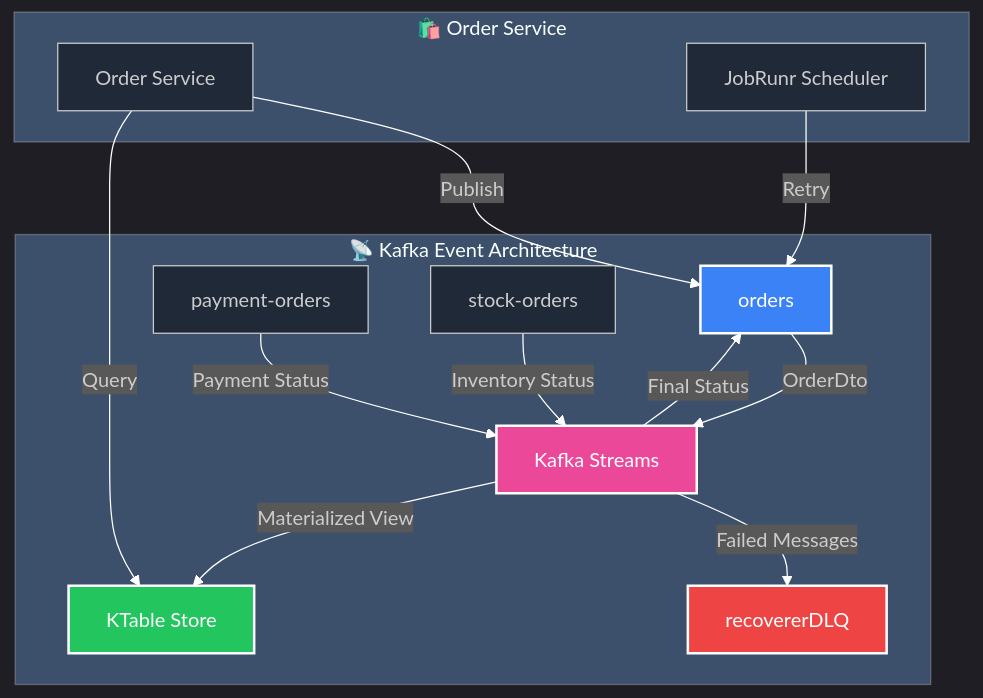
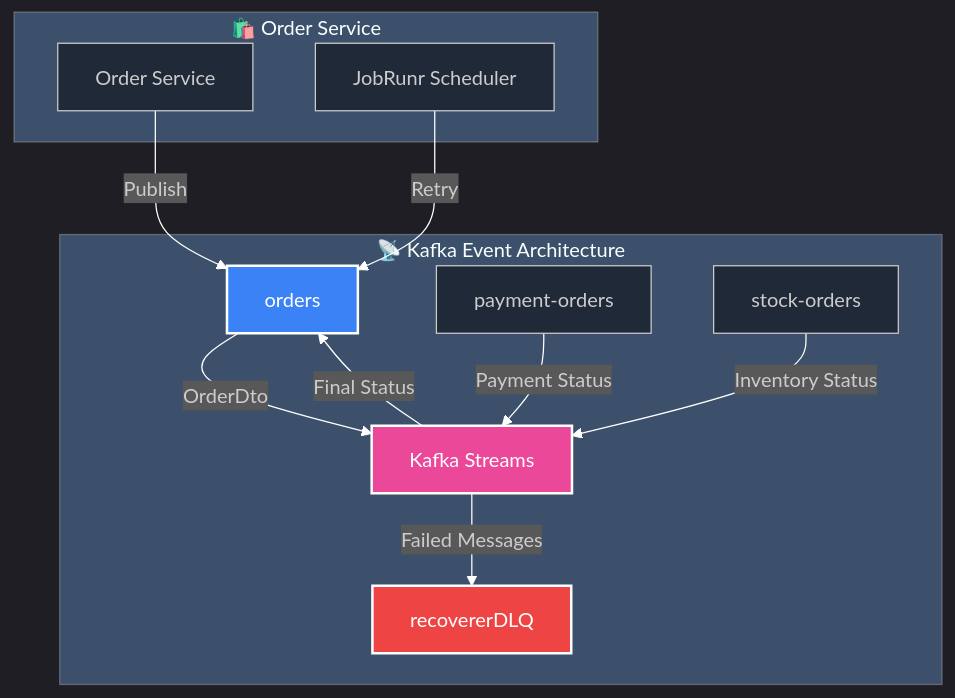
One commit to rajadilipkolli/spring-boot-microservices-series-v2 changed the second of 2 diagrams in order-service/OrderService-Sequence-Diagram.md. Above: the diagram before and after it, drawn with Mermaid. The commit also changed other lines of this file and 30 other files, not shown here.

````diff
--- a/order-service/OrderService-Sequence-Diagram.md
+++ b/order-service/OrderService-Sequence-Diagram.md
@@ -246,23 +235,20 @@
 ```mermaid
 %%{init: {'theme':'dark', 'themeVariables': {'primaryColor':'#1f2937', 'primaryTextColor':'#ffffff', 'primaryBorderColor':'#374151', 'lineColor':'#ffffff', 'sectionBkColor':'#374151', 'altSectionBkColor':'#4b5563', 'gridColor':'#6b7280', 'secondaryColor':'#374151', 'tertiaryColor':'#4b5563', 'background':'#111827', 'mainBkg':'#1f2937', 'secondBkg':'#374151', 'tertiaryBkg':'#4b5563'}}}%%
 graph TB
     subgraph "📡 Kafka Event Architecture"
         O[orders] --> |"OrderDto"| KS[Kafka Streams]
         PO[payment-orders] --> |"Payment Status"| KS
         SO[stock-orders] --> |"Inventory Status"| KS
         KS --> |"Final Status"| O
         KS --> |"Failed Messages"| DLQ[recovererDLQ]
-        KS --> |"Materialized View"| KT[KTable Store]
     end
     
     subgraph "🛍️ Order Service"
         OS[Order Service] --> |"Publish"| O
-        OS --> |"Query"| KT
         JS[JobRunr Scheduler] --> |"Retry"| O
     end
     
     style O fill:#3b82f6,stroke:#ffffff,stroke-width:2px,color:#ffffff
     style KS fill:#ec4899,stroke:#ffffff,stroke-width:2px,color:#ffffff
-    style KT fill:#22c55e,stroke:#ffffff,stroke-width:2px,color:#ffffff
     style DLQ fill:#ef4444,stroke:#ffffff,stroke-width:2px,color:#ffffff
 ```
````
